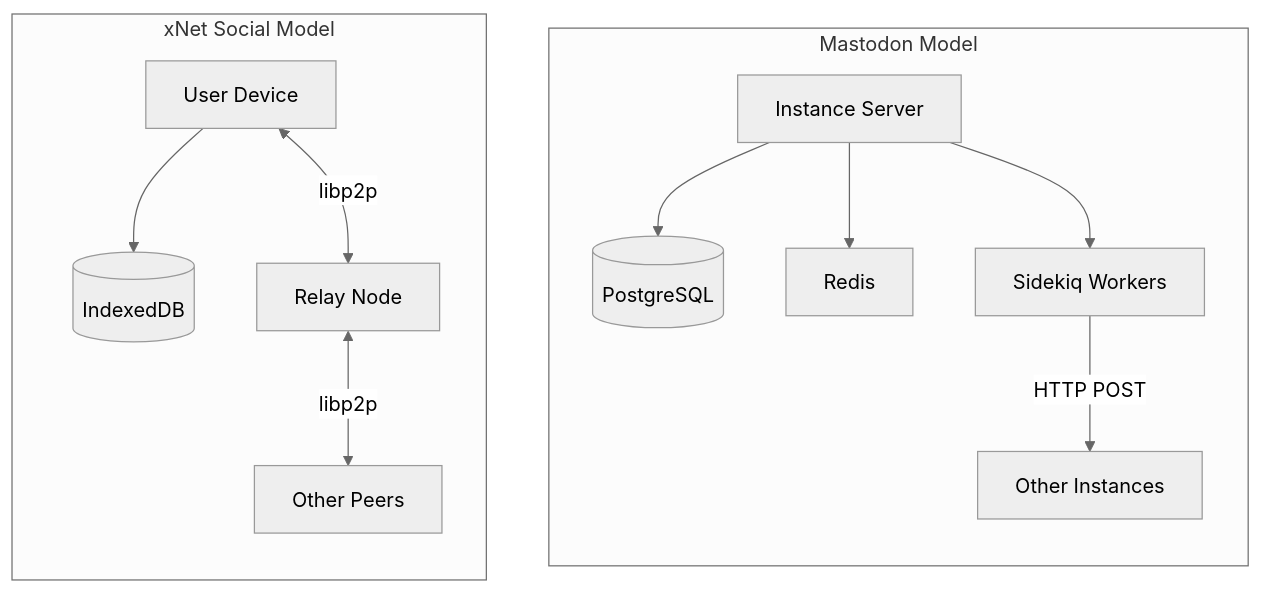
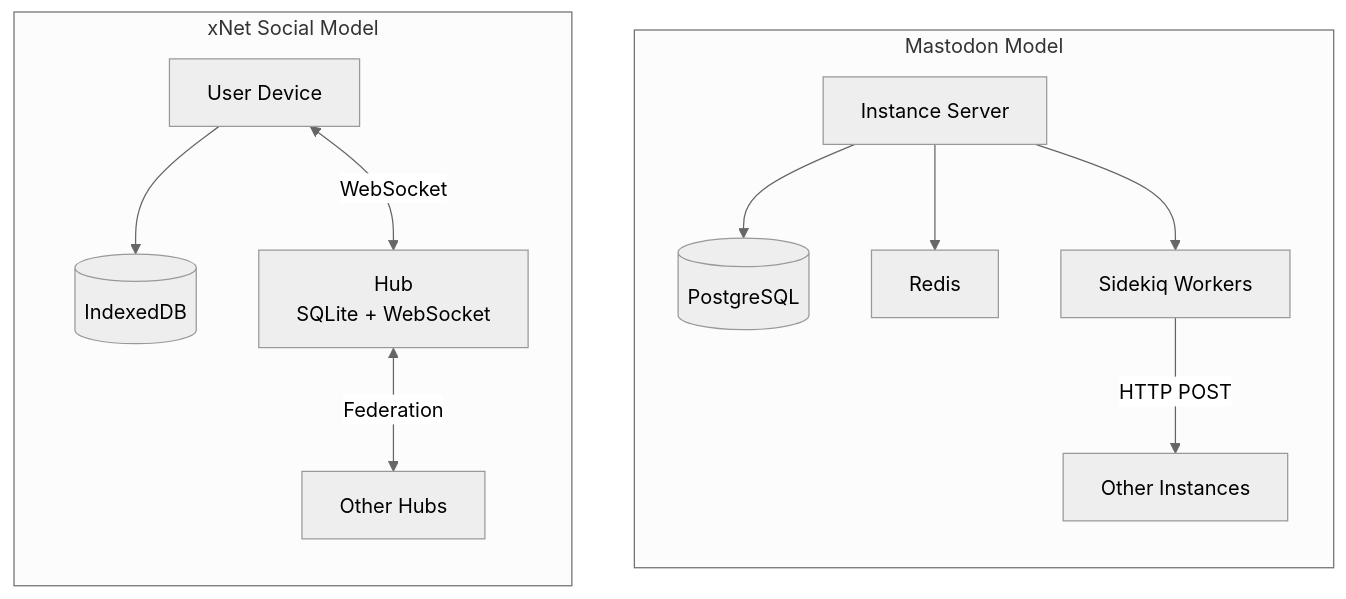
One commit to crs48/xNet changed the tenth of 11 diagrams in docs/explorations/MASTODON_SOCIAL_NETWORKING.md. Above: the diagram before and after it, drawn with Mermaid (neutral theme). The commit also changed other lines of this file, not shown here.

Commit message:
docs(explorations): integrate Hub infrastructure into social networking exploration

````diff
--- a/docs/explorations/MASTODON_SOCIAL_NETWORKING.md
+++ b/docs/explorations/MASTODON_SOCIAL_NETWORKING.md
@@ -656,24 +938,24 @@
 ```mermaid
 graph TB
     subgraph "Mastodon Model"
         direction TB
         MI[Instance Server]
         MDB[(PostgreSQL)]
         MR[Redis]
         MS[Sidekiq Workers]
         MI --> MDB
         MI --> MR
         MI --> MS
         MS -->|HTTP POST| OI[Other Instances]
     end
 
     subgraph "xNet Social Model"
         direction TB
         XD[User Device]
         XS[(IndexedDB)]
-        XR[Relay Node]
+        XH[Hub<br/>SQLite + WebSocket]
         XD --> XS
-        XD <-->|libp2p| XR
-        XR <-->|libp2p| OP[Other Peers]
+        XD <-->|WebSocket| XH
+        XH <-->|Federation| OH[Other Hubs]
     end
 ```
````
